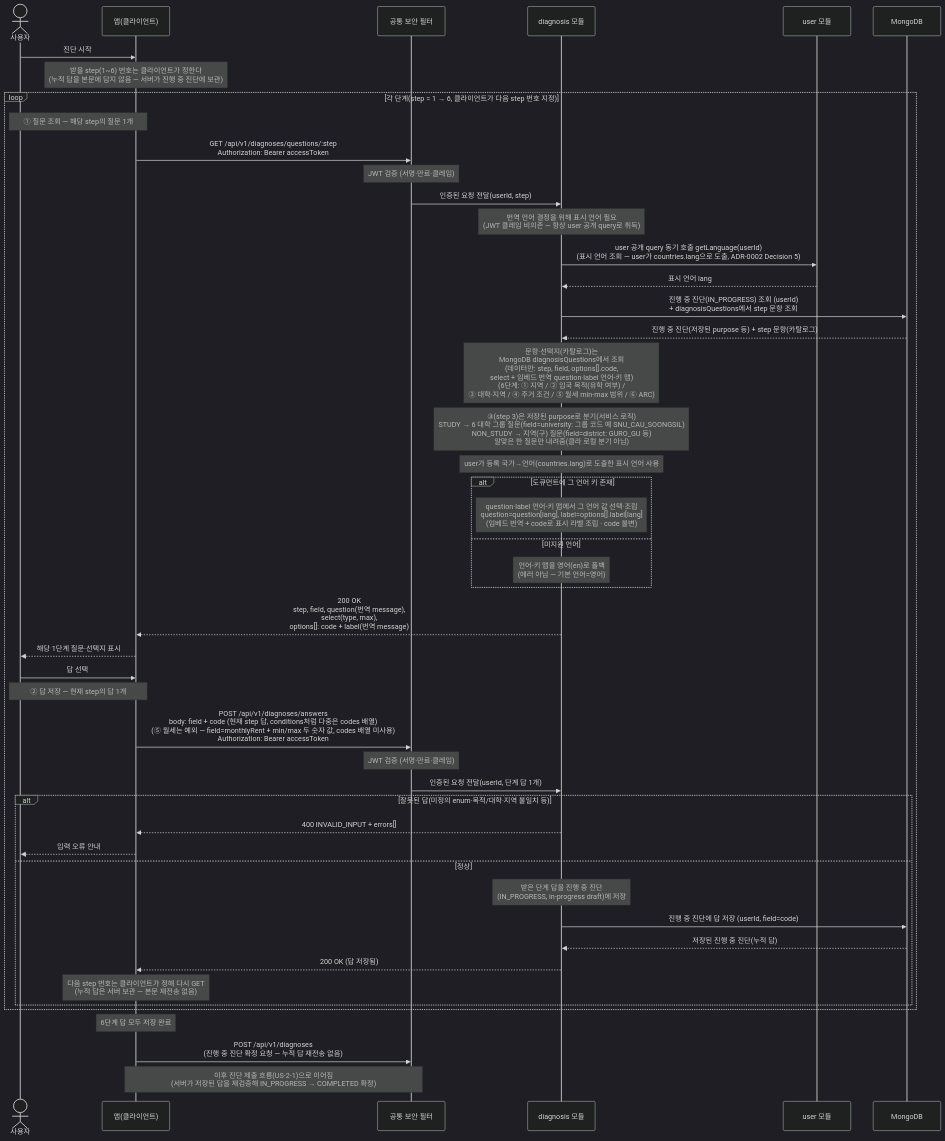
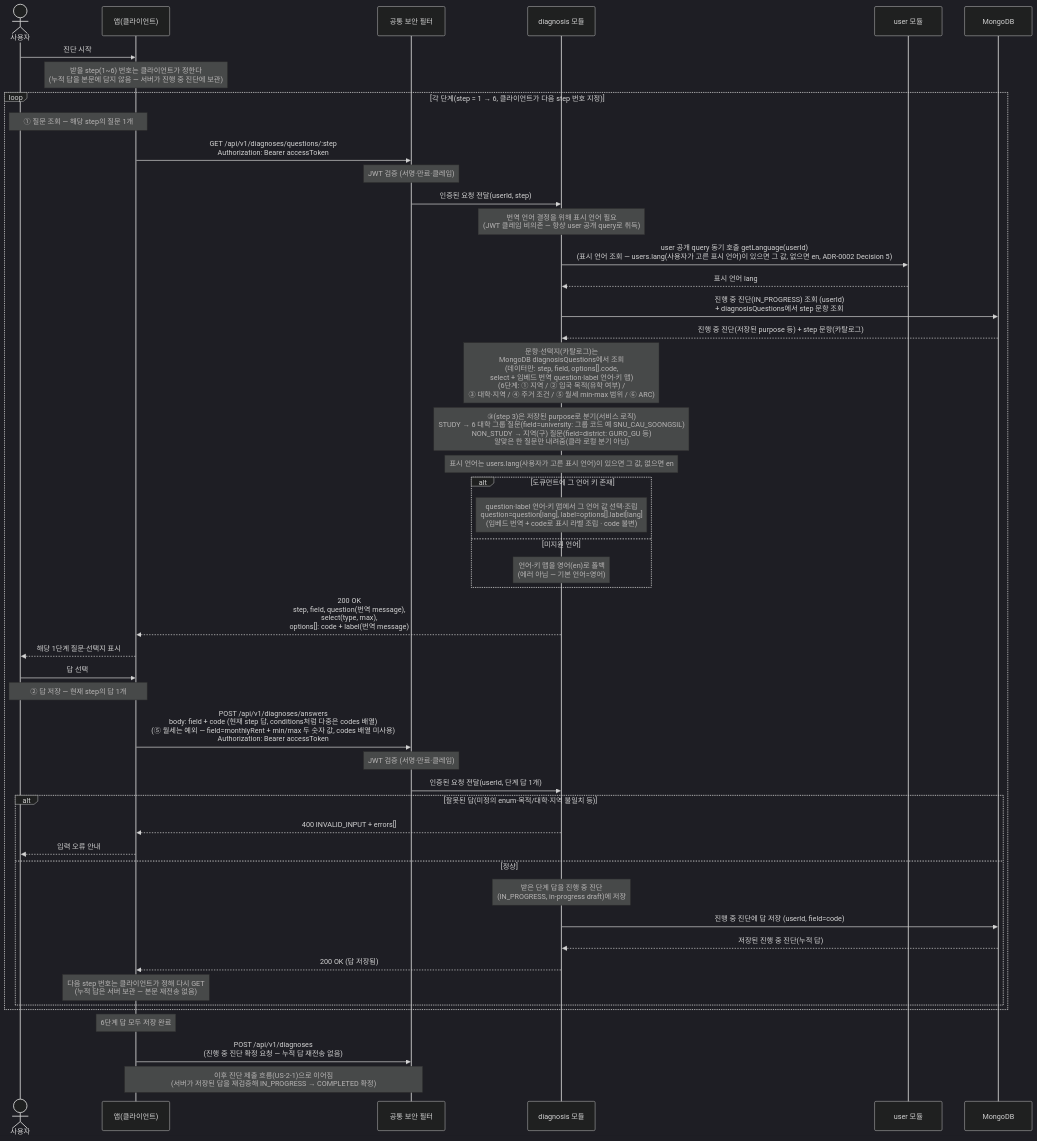
One commit to jameskim9509/Kohere-backend changed the diagram in docs/architecture/sequence-diagrams/02-diagnosis-recommendation/us-2-5-2-6-diagnosis-questions.md. Above: the diagram before and after it, drawn with Mermaid (dark theme). The commit also changed other lines of this file and 27 other files, not shown here.

First line of the commit message:
docs(user): 표시 언어를 사용자 선택(users.lang) 기준으로 개정

````diff
--- a/docs/architecture/sequence-diagrams/02-diagnosis-recommendation/us-2-5-2-6-diagnosis-questions.md
+++ b/docs/architecture/sequence-diagrams/02-diagnosis-recommendation/us-2-5-2-6-diagnosis-questions.md
@@ -5,54 +5,54 @@
 ```mermaid
 sequenceDiagram
     actor U as 사용자
     participant C as 앱(클라이언트)
     participant SEC as 공통 보안 필터
     participant DIAG as diagnosis 모듈
     participant USER as user 모듈
     participant DB as MongoDB
 
     U->>C: 진단 시작
     Note over C: 받을 step(1~6) 번호는 클라이언트가 정한다<br/>(누적 답을 본문에 담지 않음 — 서버가 진행 중 진단에 보관)
 
     loop 각 단계(step = 1 → 6, 클라이언트가 다음 step 번호 지정)
         Note over U,C: ① 질문 조회 — 해당 step의 질문 1개
         C->>SEC: GET /api/v1/diagnoses/questions/:step<br/>Authorization: Bearer accessToken
         Note over SEC: JWT 검증 (서명·만료·클레임)
         SEC->>DIAG: 인증된 요청 전달(userId, step)
         Note over DIAG: 번역 언어 결정을 위해 표시 언어 필요<br/>(JWT 클레임 비의존 — 항상 user 공개 query로 취득)
-        DIAG->>USER: user 공개 query 동기 호출 getLanguage(userId)<br/>(표시 언어 조회 — user가 countries.lang으로 도출, ADR-0002 Decision 5)
+        DIAG->>USER: user 공개 query 동기 호출 getLanguage(userId)<br/>(표시 언어 조회 — users.lang(사용자가 고른 표시 언어)이 있으면 그 값, 없으면 en, ADR-0002 Decision 5)
         USER-->>DIAG: 표시 언어 lang
         DIAG->>DB: 진행 중 진단(IN_PROGRESS) 조회 (userId)<br/>+ diagnosisQuestions에서 step 문항 조회
         DB-->>DIAG: 진행 중 진단(저장된 purpose 등) + step 문항(카탈로그)
         Note over DIAG: 문항·선택지(카탈로그)는<br/>MongoDB diagnosisQuestions에서 조회<br/>(데이터만: step, field, options[].code,<br/>select + 임베드 번역 question·label 언어-키 맵)<br/>(6단계: ① 지역 / ② 입국 목적(유학 여부) /<br/>③ 대학·지역 / ④ 주거 조건 / ⑤ 월세 min-max 범위 / ⑥ ARC)
         Note over DIAG: ③(step 3)은 저장된 purpose로 분기(서비스 로직)<br/>STUDY → 6 대학 그룹 질문(field=university: 그룹 코드 예 SNU_CAU_SOONGSIL)<br/>NON_STUDY → 지역(구) 질문(field=district: GURO_GU 등)<br/>알맞은 한 질문만 내려줌(클라 로컬 분기 아님)
-        Note over DIAG: user가 등록 국가→언어(countries.lang)로 도출한 표시 언어 사용
+        Note over DIAG: 표시 언어는 users.lang(사용자가 고른 표시 언어)이 있으면 그 값, 없으면 en
         alt 도큐먼트에 그 언어 키 존재
             Note over DIAG: question·label 언어-키 맵에서 그 언어 값 선택·조립<br/>question=question[lang], label=options[].label[lang]<br/>(임베드 번역 + code로 표시 라벨 조립 · code 불변)
         else 미지원 언어
             Note over DIAG: 언어-키 맵을 영어(en)로 폴백<br/>(에러 아님 — 기본 언어=영어)
         end
         DIAG-->>C: 200 OK<br/>step, field, question(번역 message),<br/>select(type, max),<br/>options[]: code + label(번역 message)
         C-->>U: 해당 1단계 질문·선택지 표시
         U->>C: 답 선택
 
         Note over U,C: ② 답 저장 — 현재 step의 답 1개
         C->>SEC: POST /api/v1/diagnoses/answers<br/>body: field + code (현재 step 답, conditions처럼 다중은 codes 배열)<br/>(⑤ 월세는 예외 — field=monthlyRent + min/max 두 숫자 값, codes 배열 미사용)<br/>Authorization: Bearer accessToken
         Note over SEC: JWT 검증 (서명·만료·클레임)
         SEC->>DIAG: 인증된 요청 전달(userId, 단계 답 1개)
         alt 잘못된 답(미정의 enum·목적/대학·지역 불일치 등)
             DIAG-->>C: 400 INVALID_INPUT + errors[]
             C-->>U: 입력 오류 안내
         else 정상
             Note over DIAG: 받은 단계 답을 진행 중 진단<br/>(IN_PROGRESS, in-progress draft)에 저장
             DIAG->>DB: 진행 중 진단에 답 저장 (userId, field=code)
             DB-->>DIAG: 저장된 진행 중 진단(누적 답)
             DIAG-->>C: 200 OK (답 저장됨)
             Note over C: 다음 step 번호는 클라이언트가 정해 다시 GET<br/>(누적 답은 서버 보관 — 본문 재전송 없음)
         end
     end
 
     Note over C: 6단계 답 모두 저장 완료
     C->>SEC: POST /api/v1/diagnoses<br/>(진행 중 진단 확정 요청 — 누적 답 재전송 없음)
     Note over C,SEC: 이후 진단 제출 흐름(US-2-1)으로 이어짐<br/>(서버가 저장된 답을 재검증해 IN_PROGRESS → COMPLETED 확정)
 ```
````
